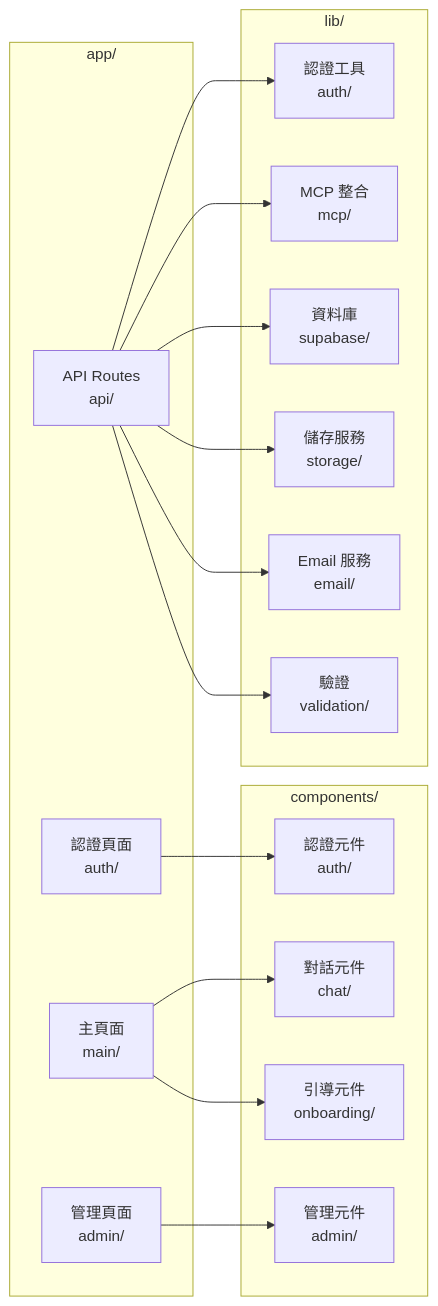
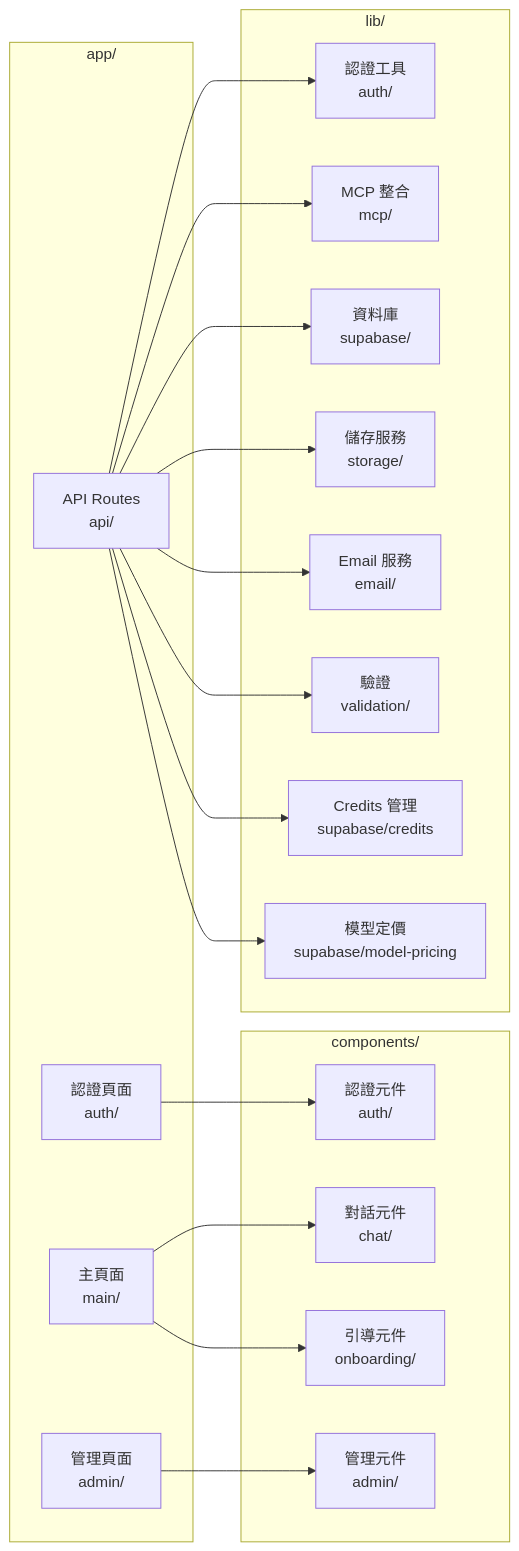
One commit to qwerboy-design/Health-Care-Assistant changed the second of 9 diagrams in ARCHITECTURE.md. Above: the diagram before and after it, drawn with Mermaid. The commit also changed other lines of this file and 41 other files, not shown here.

Commit message:
docs: Integrate Credits system and model management into architecture documentation

````diff
--- a/ARCHITECTURE.md
+++ b/ARCHITECTURE.md
@@ -140,37 +151,41 @@
 ```mermaid
 graph LR
     subgraph "app/"
         A1[認證頁面<br/>auth/]
         A2[主頁面<br/>main/]
         A3[管理頁面<br/>admin/]
         A4[API Routes<br/>api/]
     end
     
     subgraph "components/"
         C1[認證元件<br/>auth/]
         C2[對話元件<br/>chat/]
         C3[引導元件<br/>onboarding/]
         C4[管理元件<br/>admin/]
     end
     
     subgraph "lib/"
         L1[認證工具<br/>auth/]
         L2[MCP 整合<br/>mcp/]
         L3[資料庫<br/>supabase/]
         L4[儲存服務<br/>storage/]
         L5[Email 服務<br/>email/]
         L6[驗證<br/>validation/]
+        L7[Credits 管理<br/>supabase/credits]
+        L8[模型定價<br/>supabase/model-pricing]
     end
     
     A1 --> C1
     A2 --> C2
     A2 --> C3
     A3 --> C4
     
     A4 --> L1
     A4 --> L2
     A4 --> L3
     A4 --> L4
     A4 --> L5
     A4 --> L6
+    A4 --> L7
+    A4 --> L8
 ```
````
